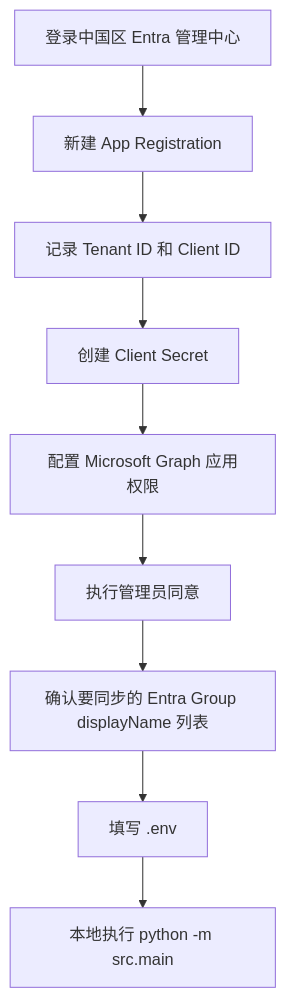
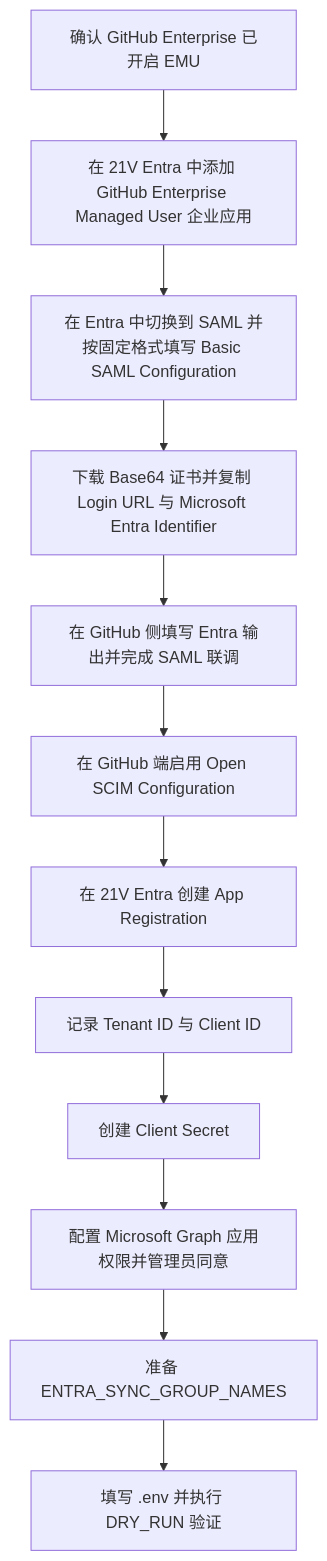
One commit to DevOps-zhuang/emu_scim_sync changed the second of 6 diagrams in docs/entra-id-app-registration-guide.zh-cn.md. Above: the diagram before and after it, drawn with Mermaid. The commit also changed other lines of this file and 38 other files, not shown here.

First line of the commit message:
Add SVG diagram for SSO and SCIM validation sequence and PowerShell script for rendering diagrams

````diff
--- a/docs/entra-id-app-registration-guide.zh-cn.md
+++ b/docs/entra-id-app-registration-guide.zh-cn.md
@@ -13,11 +53,14 @@
 ```mermaid
 flowchart TD
-    A[登录中国区 Entra 管理中心] --> B[新建 App Registration]
-    B --> C[记录 Tenant ID 和 Client ID]
-    C --> D[创建 Client Secret]
-    D --> E[配置 Microsoft Graph 应用权限]
-    E --> F[执行管理员同意]
-    F --> G[确认要同步的 Entra Group displayName 列表]
-    G --> H[填写 .env]
-    H --> I[本地执行 python -m src.main]
+    A[确认 GitHub Enterprise 已开启 EMU] --> B[在 21V Entra 中添加 GitHub Enterprise Managed User 企业应用]
+    B --> C[在 Entra 中切换到 SAML 并按固定格式填写 Basic SAML Configuration]
+    C --> D[下载 Base64 证书并复制 Login URL 与 Microsoft Entra Identifier]
+    D --> E[在 GitHub 侧填写 Entra 输出并完成 SAML 联调]
+    E --> F[在 GitHub 端启用 Open SCIM Configuration]
+    F --> G[在 21V Entra 创建 App Registration]
+    G --> H[记录 Tenant ID 与 Client ID]
+    H --> I[创建 Client Secret]
+    I --> J[配置 Microsoft Graph 应用权限并管理员同意]
+    J --> K[准备 ENTRA_SYNC_GROUP_NAMES]
+    K --> L[填写 .env 并执行 DRY_RUN 验证]
 ```
````
